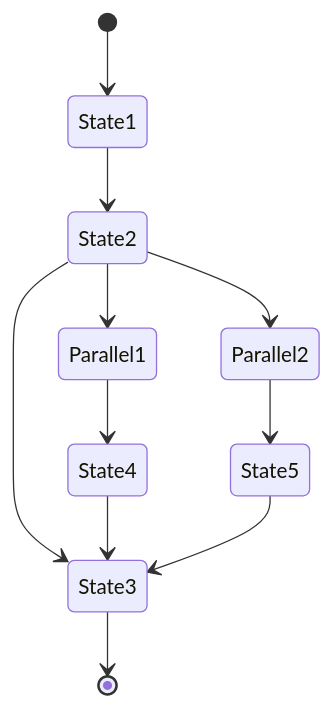
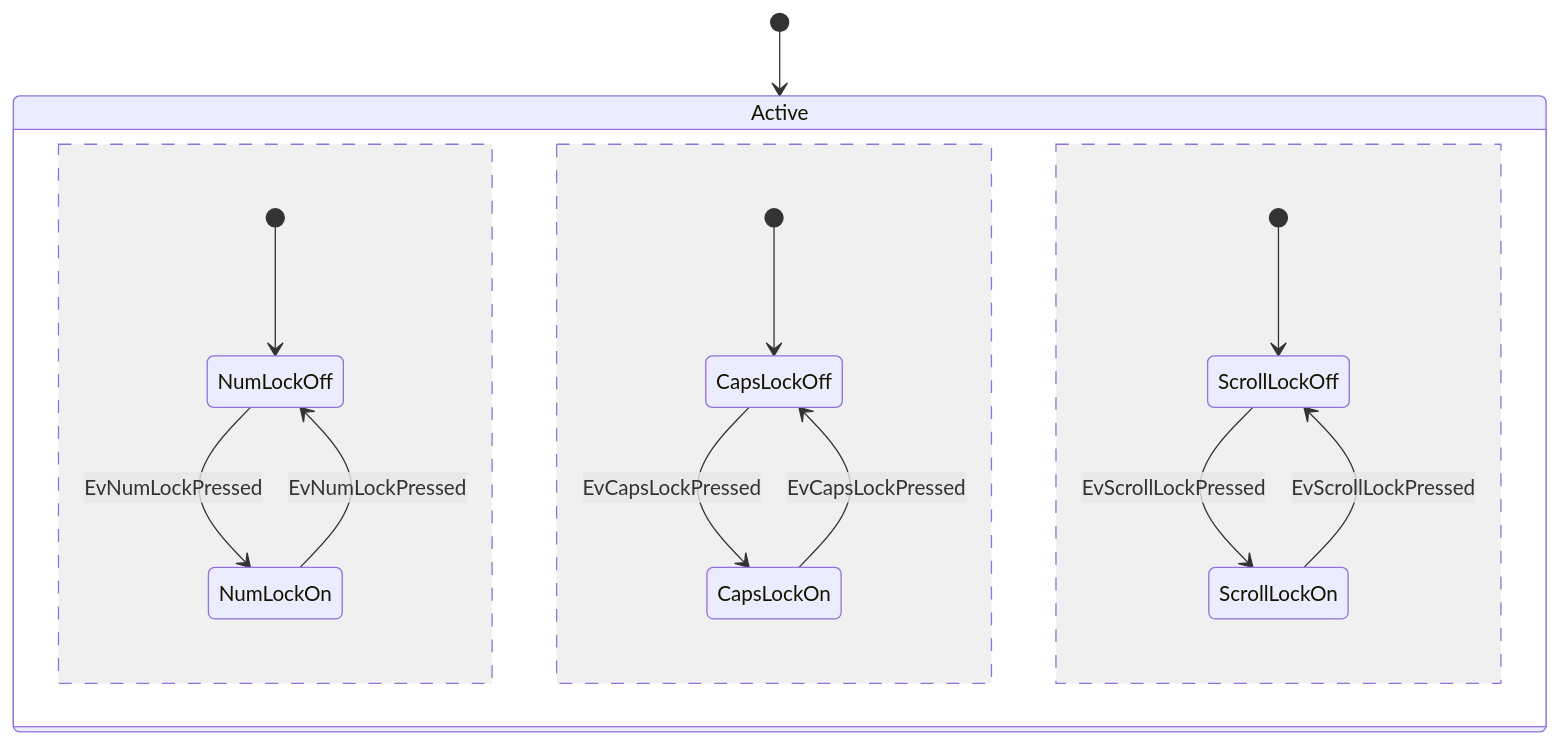
Diagram 13 of 19 in skills/mermaid/examples/state.md (teachingai/full-stack-skills), drawn with Mermaid before and after one commit. The commit also changed other lines of this file and 21 other files, not shown here.

First line of the commit message:
docs(mermaid): 更新架构、块、C4和类图示例文档

````diff
--- a/skills/mermaid/examples/state.md
+++ b/skills/mermaid/examples/state.md
@@ -135,16 +202,18 @@
 ```mermaid
 stateDiagram-v2
-    [*] --> State1
-    State1 --> State2
-    State2 --> State3
+    [*] --> Active
 
-    State2 --> Parallel1
-    State2 --> Parallel2
-
-    Parallel1 --> State4
-    Parallel2 --> State5
-
-    State4 --> State3
-    State5 --> State3
-    State3 --> [*]
+    state Active {
+        [*] --> NumLockOff
+        NumLockOff --> NumLockOn : EvNumLockPressed
+        NumLockOn --> NumLockOff : EvNumLockPressed
+        --
+        [*] --> CapsLockOff
+        CapsLockOff --> CapsLockOn : EvCapsLockPressed
+        CapsLockOn --> CapsLockOff : EvCapsLockPressed
+        --
+        [*] --> ScrollLockOff
+        ScrollLockOff --> ScrollLockOn : EvScrollLockPressed
+        ScrollLockOn --> ScrollLockOff : EvScrollLockPressed
+    }
 ```
````
